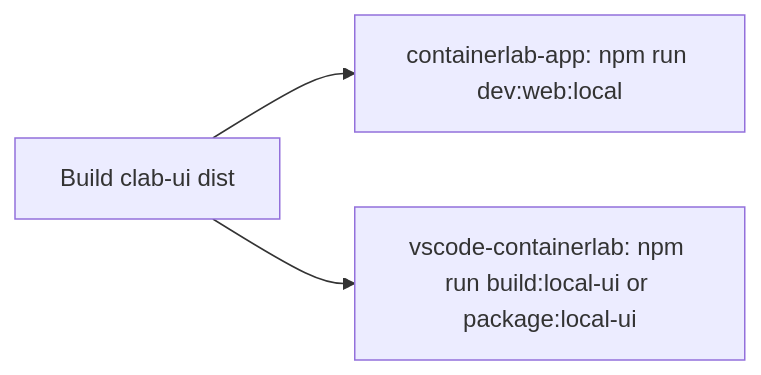
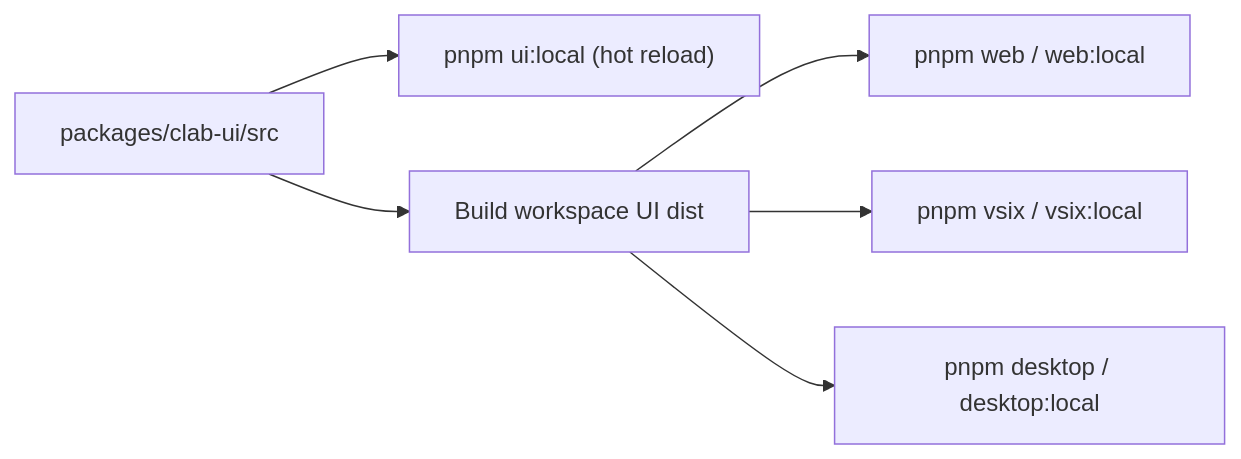
The fifth of 5 diagrams in packages/clab-ui/docs/00-platform-deep-dive.md (srl-labs/containerlab-app), drawn with Mermaid before and after one commit. The commit also changed other lines of this file and 132 other files, not shown here.

````diff
--- a/packages/clab-ui/docs/00-platform-deep-dive.md
+++ b/packages/clab-ui/docs/00-platform-deep-dive.md
@@ -150,5 +146,8 @@
 ```mermaid
 flowchart LR
-    Build["Build clab-ui dist"] --> WebLocal["containerlab-app: npm run dev:web:local"]
-    Build --> VscLocal["vscode-containerlab: npm run build:local-ui or package:local-ui"]
+    Source["packages/clab-ui/src"] --> UI["pnpm ui:local (hot reload)"]
+    Source --> Build["Build workspace UI dist"]
+    Build --> Web["pnpm web / web:local"]
+    Build --> VSIX["pnpm vsix / vsix:local"]
+    Build --> Desktop["pnpm desktop / desktop:local"]
 ```
````
